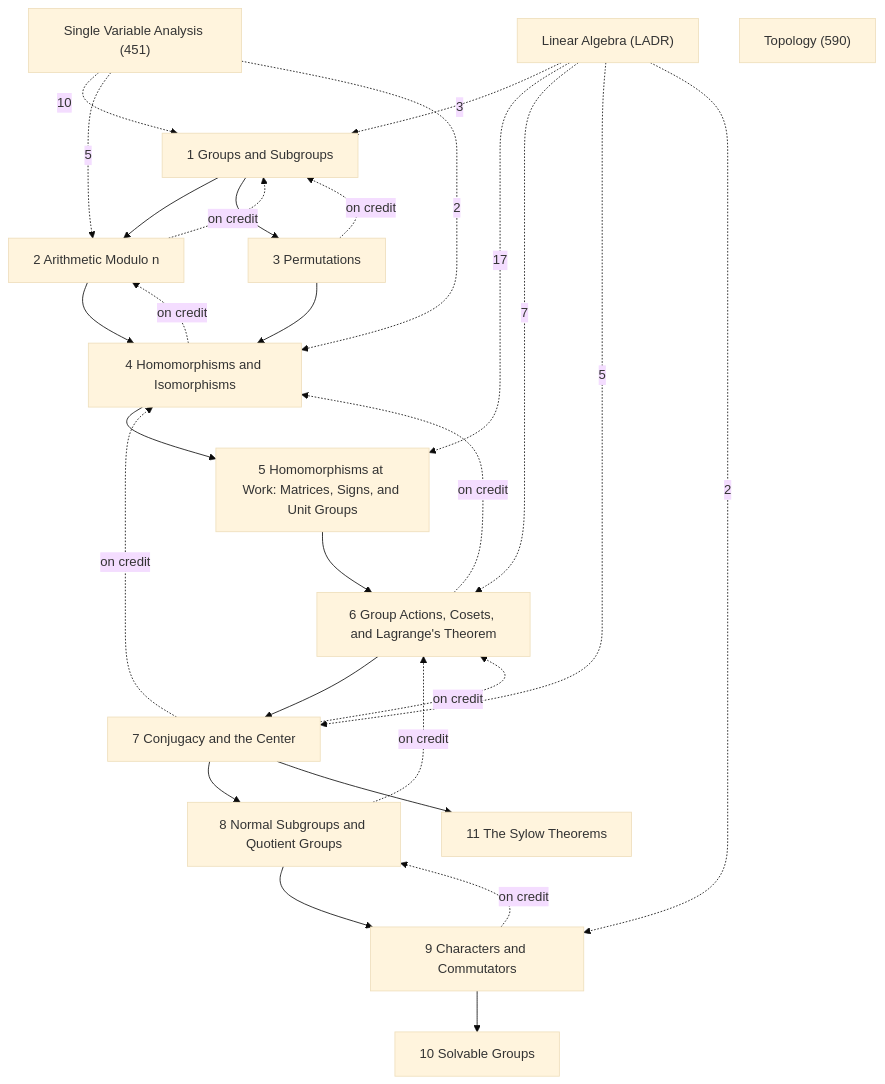
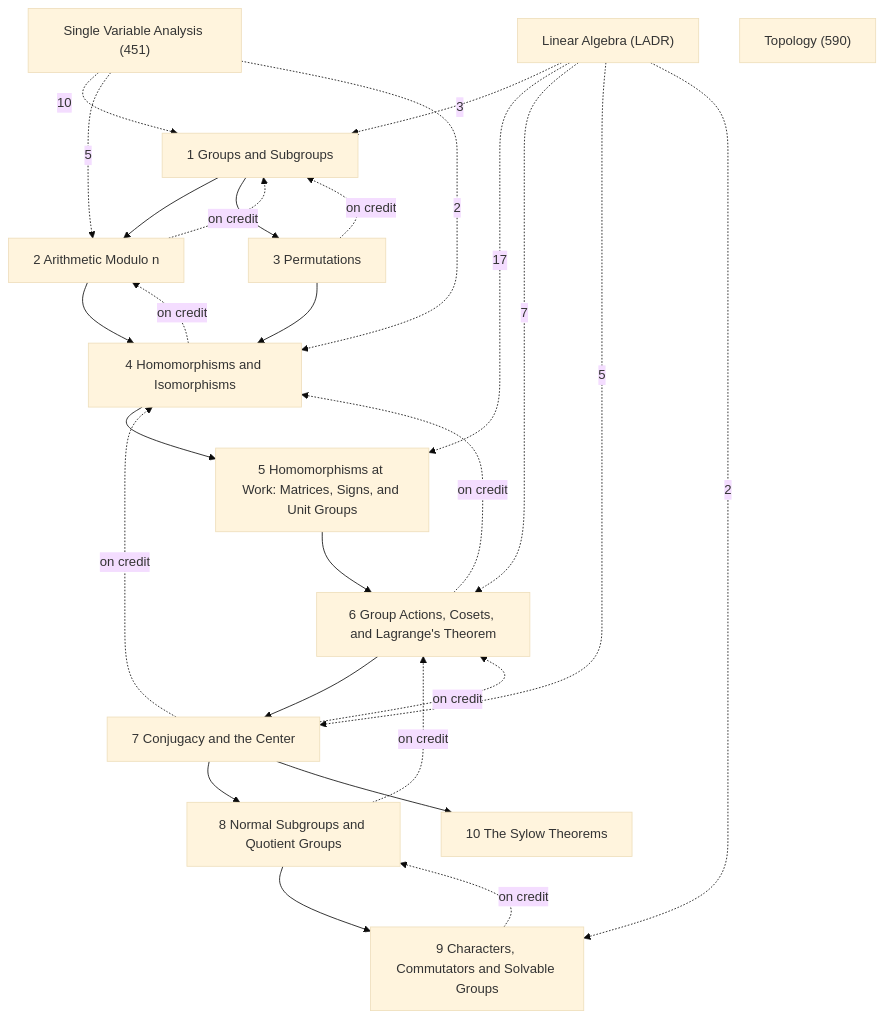
One commit to Onion20040508/notes changed the diagram in Math/Group Theory/Group Theory.md. Above: the diagram before and after it, drawn with Mermaid (base theme). The commit also changed other lines of this file and 41 other files, not shown here.

````diff
--- a/Math/Group Theory/Group Theory.md
+++ b/Math/Group Theory/Group Theory.md
@@ -27,44 +27,42 @@
 ```mermaid
 graph TD
   C1["1 Groups and Subgroups"]
   C2["2 Arithmetic Modulo n"]
   C3["3 Permutations"]
   C4["4 Homomorphisms and Isomorphisms"]
   C5["5 Homomorphisms at Work: Matrices, Signs, and Unit Groups"]
   C6["6 Group Actions, Cosets, and Lagrange's Theorem"]
   C7["7 Conjugacy and the Center"]
   C8["8 Normal Subgroups and Quotient Groups"]
-  C9["9 Characters and Commutators"]
-  C10["10 Solvable Groups"]
-  C11["11 The Sylow Theorems"]
+  C9["9 Characters, Commutators and Solvable Groups"]
+  C10["10 The Sylow Theorems"]
   X1["Linear Algebra (LADR)"]
   X2["Single Variable Analysis (451)"]
   X3["Topology (590)"]
   C1 --> C2
   C1 --> C3
   C2 --> C4
   C3 --> C4
   C4 --> C5
   C5 --> C6
   C6 --> C7
   C7 --> C8
-  C7 --> C11
+  C7 --> C10
   C8 --> C9
-  C9 --> C10
   C2 -.->|on credit| C1
   C3 -.->|on credit| C1
   C4 -.->|on credit| C2
   C6 -.->|on credit| C4
   C7 -.->|on credit| C4
   C7 -.->|on credit| C6
   C8 -.->|on credit| C6
   C9 -.->|on credit| C8
   X1 -.->|3| C1
   X1 -.->|17| C5
   X1 -.->|7| C6
   X1 -.->|5| C7
   X1 -.->|2| C9
   X2 -.->|10| C1
   X2 -.->|5| C2
   X2 -.->|2| C4
 ```
````
